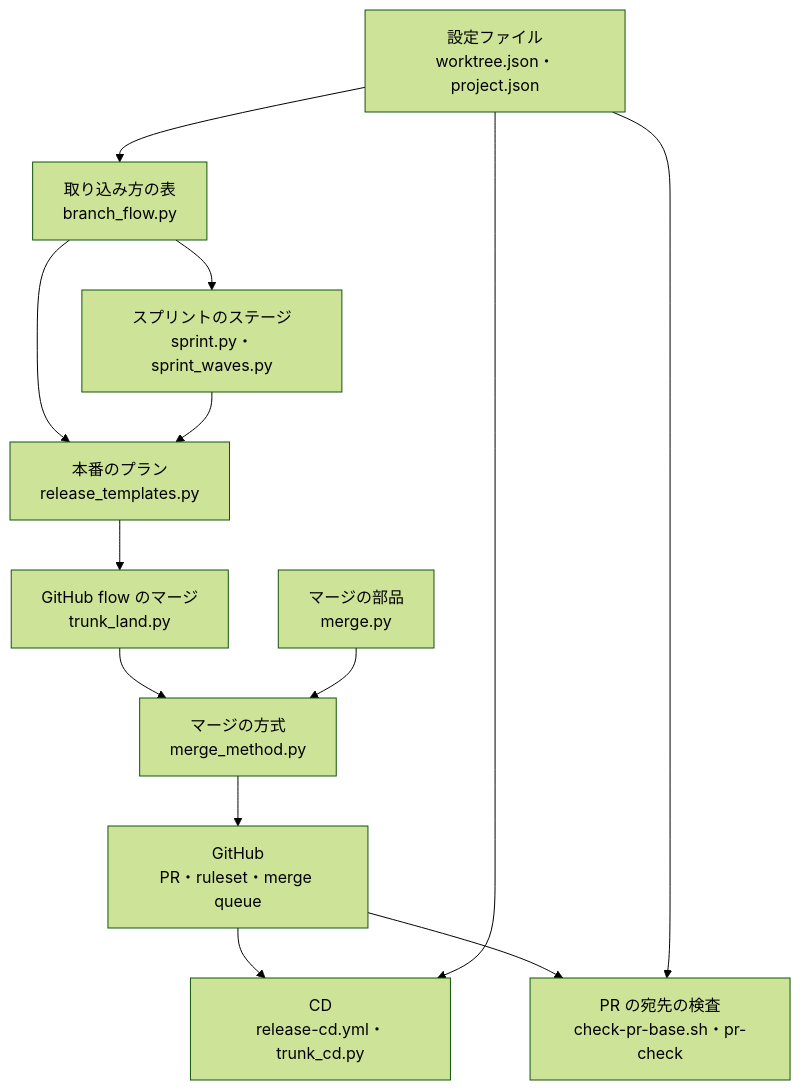
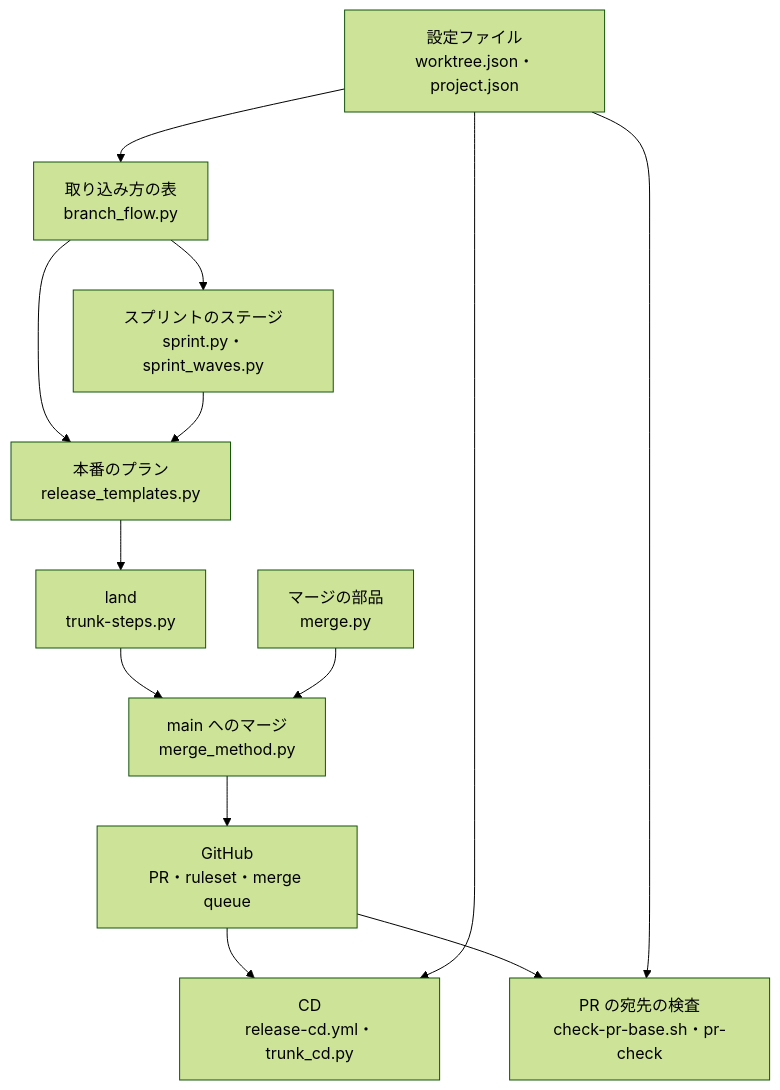
One commit to devbasex/ai-plugins changed the first of 3 diagrams in issues/issue-3641-design.md. Above: the diagram before and after it, drawn with Mermaid (forest theme). The commit also changed other lines of this file and 4 other files, not shown here.

````diff
--- a/issues/issue-3641-design.md
+++ b/issues/issue-3641-design.md
@@ -182,25 +197,25 @@
 ```mermaid
 flowchart TB
     decl["設定ファイル<br/>worktree.json・project.json"]
     flow["取り込み方の表<br/>branch_flow.py"]
     sprint["スプリントのステージ<br/>sprint.py・sprint_waves.py"]
     tmpl["本番のプラン<br/>release_templates.py"]
-    land["GitHub flow のマージ<br/>trunk_land.py"]
-    method["マージの方式<br/>merge_method.py"]
+    land["land<br/>trunk-steps.py"]
+    method["main へのマージ<br/>merge_method.py"]
     mwg["マージの部品<br/>merge.py"]
     gh["GitHub<br/>PR・ruleset・merge queue"]
     cd["CD<br/>release-cd.yml・trunk_cd.py"]
     guard["PR の宛先の検査<br/>check-pr-base.sh・pr-check"]
     decl --> flow
     flow --> sprint
     flow --> tmpl
     sprint --> tmpl
     tmpl --> land
     land --> method
     mwg --> method
     method --> gh
     gh --> cd
     gh --> guard
     decl --> cd
     decl --> guard
 ```
````
